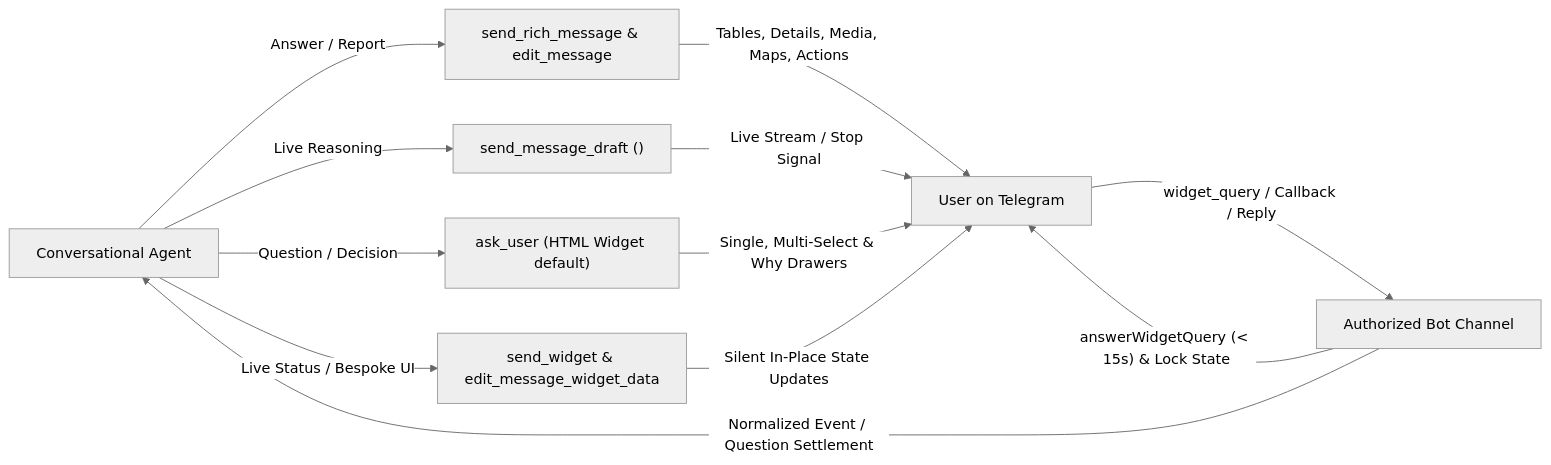
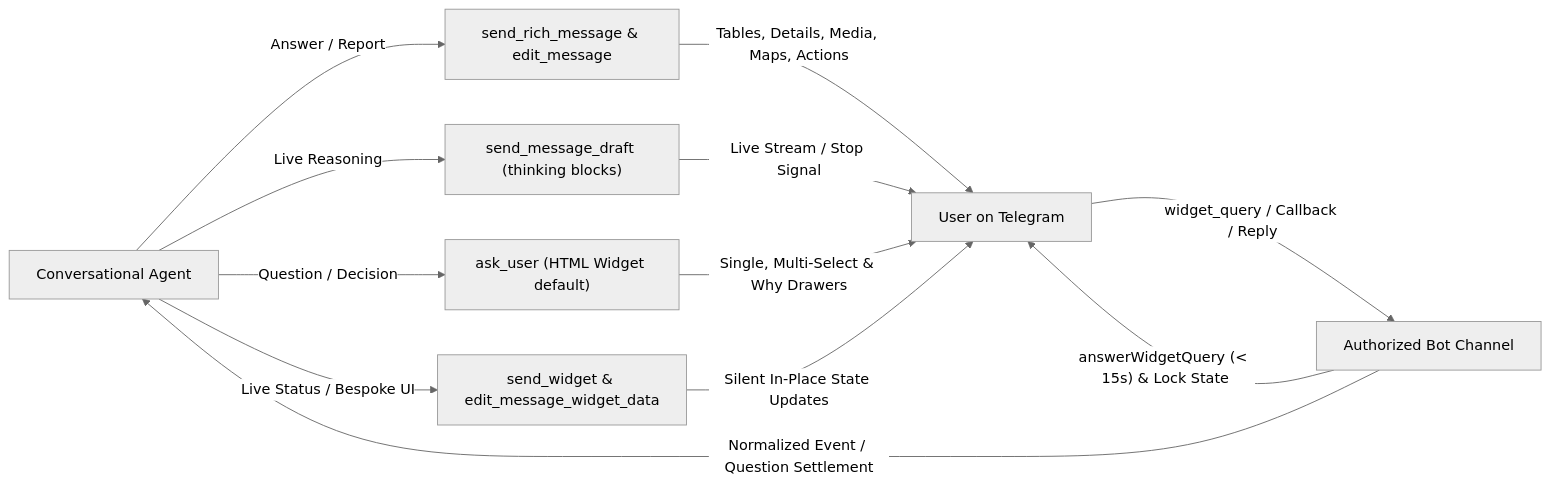
The diagram in specs/telegram/rich-messages-and-widgets.md (nicsuzor/academicOps), drawn with Mermaid (neutral theme) before and after one commit. The commit also changed other lines of this file and 9 other files, not shown here.

````diff
--- a/specs/telegram/rich-messages-and-widgets.md
+++ b/specs/telegram/rich-messages-and-widgets.md
@@ -12,14 +12,14 @@
 ```mermaid
 flowchart LR
     Agent["Conversational Agent"] -->|"Answer / Report"| Rich["send_rich_message & edit_message"]
-    Agent -->|"Live Reasoning"| Draft["send_message_draft (<tg-thinking>)"]
+    Agent -->|"Live Reasoning"| Draft["send_message_draft (thinking blocks)"]
     Agent -->|"Question / Decision"| Ask["ask_user (HTML Widget default)"]
     Agent -->|"Live Status / Bespoke UI"| Widget["send_widget & edit_message_widget_data"]
     Rich -->|"Tables, Details, Media, Maps, Actions"| User["User on Telegram"]
     Draft -->|"Live Stream / Stop Signal"| User
     Ask -->|"Single, Multi-Select & Why Drawers"| User
     Widget -->|"Silent In-Place State Updates"| User
     User -->|"widget_query / Callback / Reply"| Channel["Authorized Bot Channel"]
     Channel -->|"answerWidgetQuery (< 15s) & Lock State"| User
     Channel -->|"Normalized Event / Question Settlement"| Agent
 ```
````
